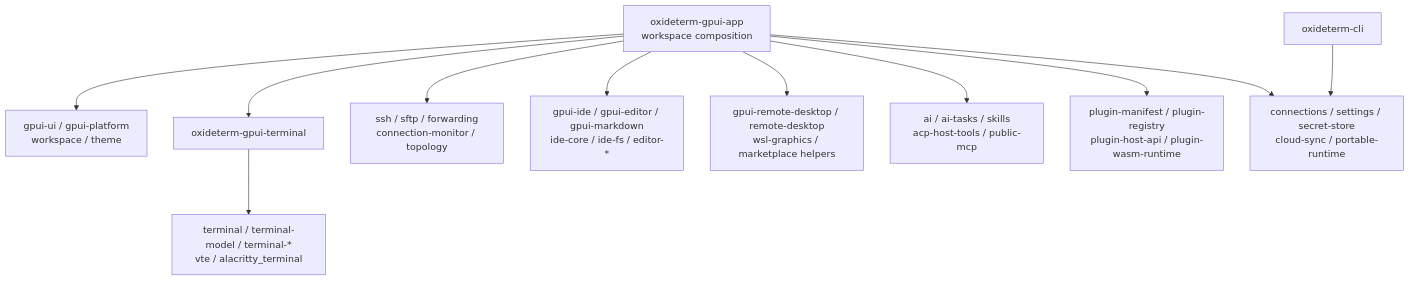
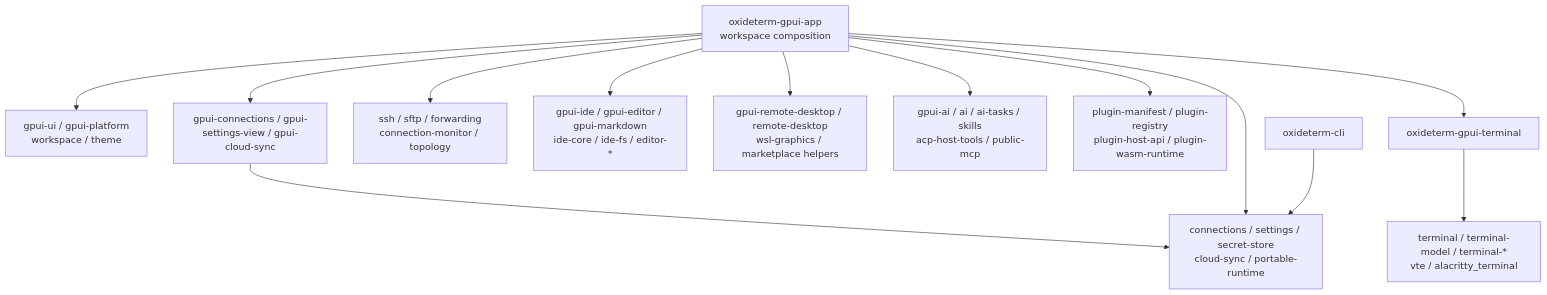
Before and after one commit to AnalyseDeCircuit/oxideterm: diagram 46 of 46 in docs/user-guide/en/architecture.md, drawn with Mermaid. The commit also changed other lines of this file and 26 other files, not shown here.

````diff
--- a/docs/user-guide/en/architecture.md
+++ b/docs/user-guide/en/architecture.md
@@ -2900,26 +2907,29 @@
 ```mermaid
 %%{init: {"layout": "dagre", "flowchart": {"nodeSpacing": 45, "rankSpacing": 75, "curve": "basis"}}}%%
 flowchart TB
     App["oxideterm-gpui-app<br/>workspace composition"]
     SharedUI["gpui-ui / gpui-platform<br/>workspace / theme"]
     TerminalUI["oxideterm-gpui-terminal"]
     Terminal["terminal / terminal-model / terminal-*<br/>vte / alacritty_terminal"]
     Remote["ssh / sftp / forwarding<br/>connection-monitor / topology"]
     Editor["gpui-ide / gpui-editor / gpui-markdown<br/>ide-core / ide-fs / editor-*"]
     Graphics["gpui-remote-desktop / remote-desktop<br/>wsl-graphics / marketplace helpers"]
-    AI["ai / ai-tasks / skills<br/>acp-host-tools / public-mcp"]
+    AI["gpui-ai / ai / ai-tasks / skills<br/>acp-host-tools / public-mcp"]
     Plugin["plugin-manifest / plugin-registry<br/>plugin-host-api / plugin-wasm-runtime"]
     Durable["connections / settings / secret-store<br/>cloud-sync / portable-runtime"]
     CLI["oxideterm-cli"]
 
     App --> SharedUI
+    FeatureViews["gpui-connections / gpui-settings-view / gpui-cloud-sync"]
+    App --> FeatureViews
+    FeatureViews --> Durable
     App --> TerminalUI
     TerminalUI --> Terminal
     App --> Remote
     App --> Editor
     App --> Graphics
     App --> AI
     App --> Plugin
     App --> Durable
     CLI --> Durable
 ```
````
